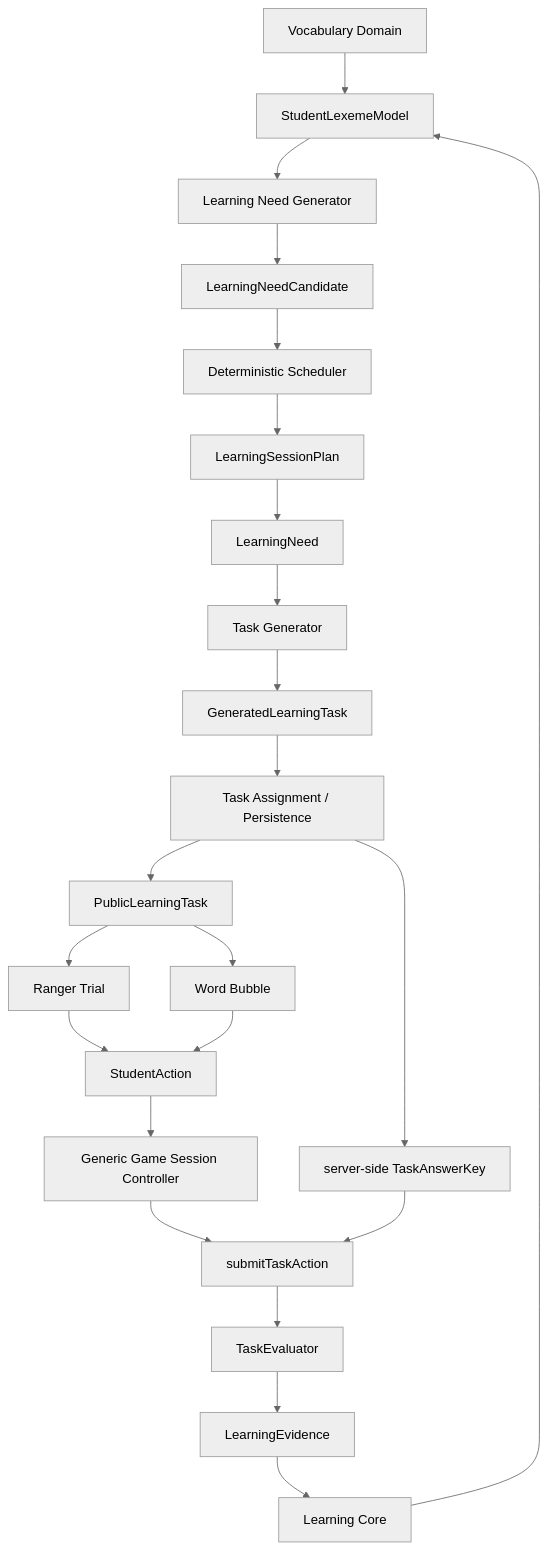
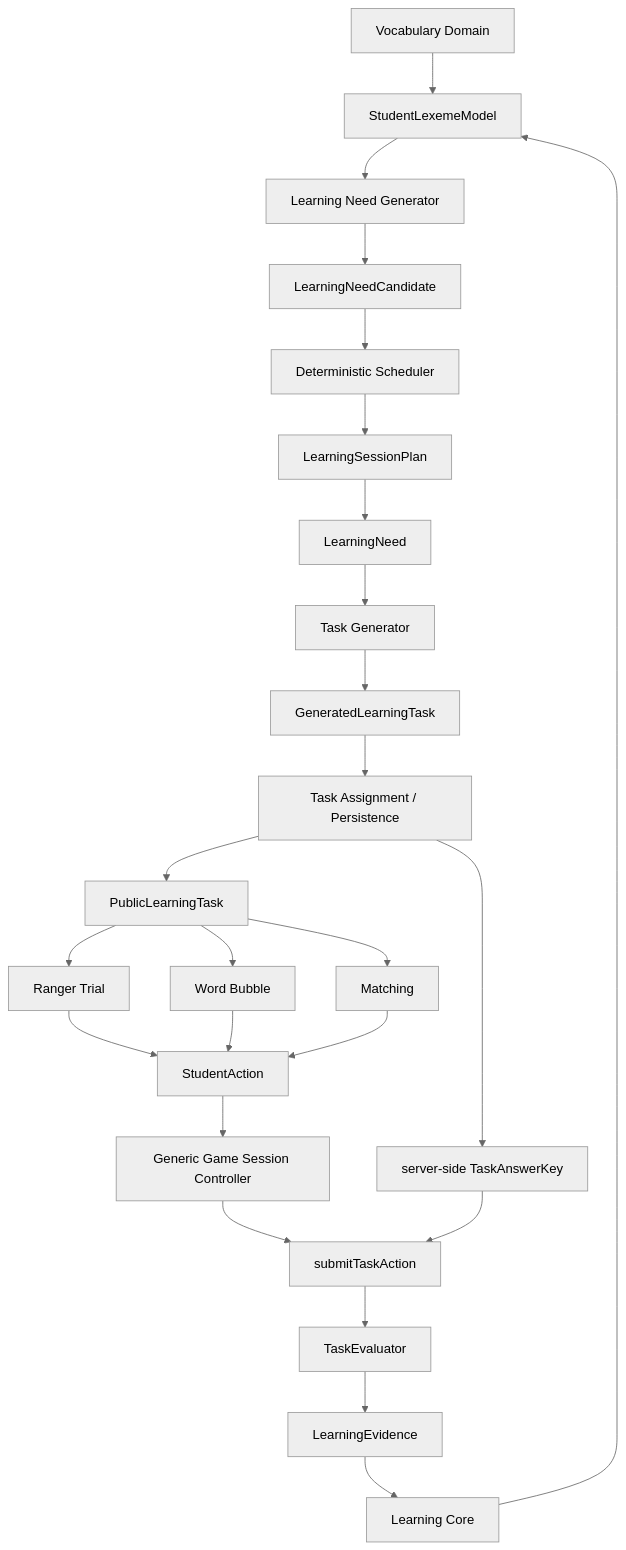
The diagram in docs/ARCHITECTURE.md (chipmuck228/wordranger), drawn with Mermaid (neutral theme) before and after one commit. The commit also changed other lines of this file and 41 other files, not shown here.

````diff
--- a/docs/ARCHITECTURE.md
+++ b/docs/ARCHITECTURE.md
@@ -7,46 +7,49 @@
 ```mermaid
 flowchart TD
   vocab[Vocabulary Domain]
   model[StudentLexemeModel]
   generator[Learning Need Generator]
   candidates[LearningNeedCandidate]
   scheduler[Deterministic Scheduler]
   plan[LearningSessionPlan]
   need[LearningNeed]
   gen[Task Generator]
   generated[GeneratedLearningTask]
   assignment[Task Assignment / Persistence]
   publicTask[PublicLearningTask]
   ranger[Ranger Trial]
   bubble[Word Bubble]
+  matching[Matching]
   action[StudentAction]
   sessionCtl[Generic Game Session Controller]
   submit[submitTaskAction]
   answerKey[server-side TaskAnswerKey]
   evaluator[TaskEvaluator]
   evidence[LearningEvidence]
   core[Learning Core]
 
   vocab --> model
   model --> generator
   generator --> candidates
   candidates --> scheduler
   scheduler --> plan
   plan --> need
   need --> gen
   gen --> generated
   generated --> assignment
   assignment --> publicTask
   publicTask --> ranger
   publicTask --> bubble
+  publicTask --> matching
   ranger --> action
   bubble --> action
+  matching --> action
   action --> sessionCtl
   sessionCtl --> submit
   assignment --> answerKey
   answerKey --> submit
   submit --> evaluator
   evaluator --> evidence
   evidence --> core
   core --> model
 ```
````
